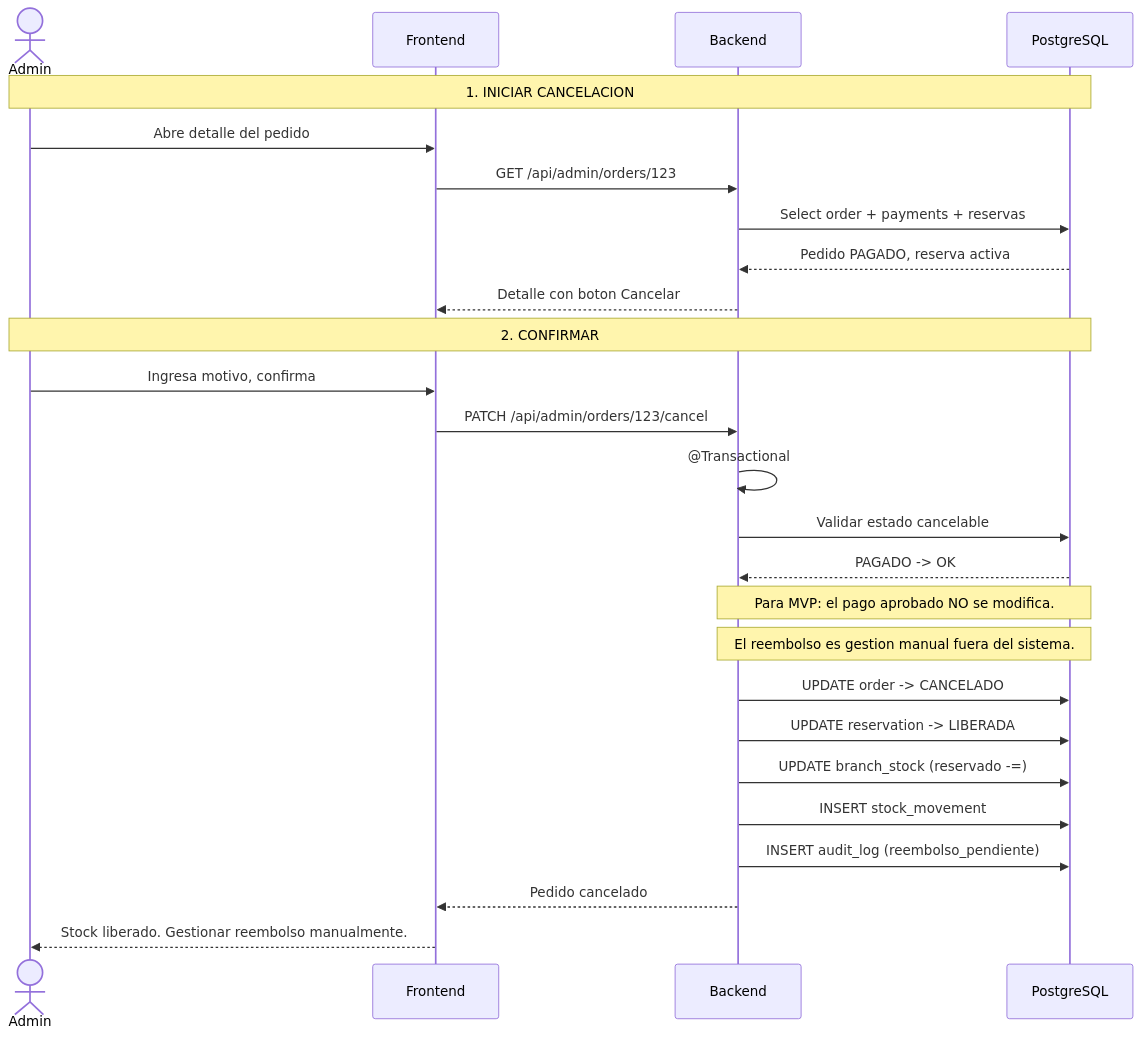
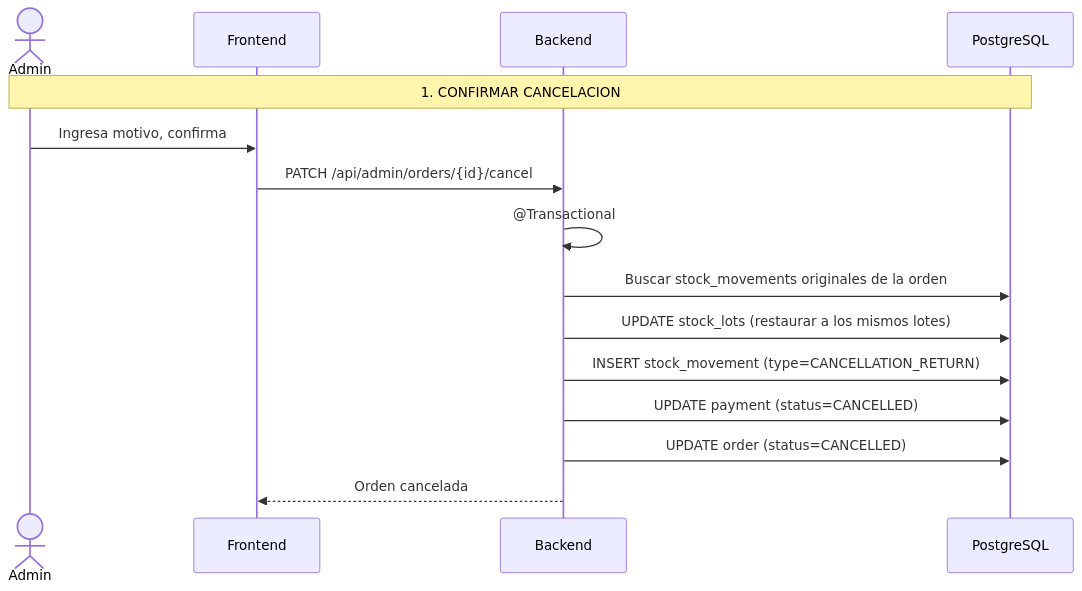
One commit to NachoOsella/tfi-lembas changed the diagram in Documentation/Dietetica Lembas/08 - Procesos/Cancelacion Pedido.md. Above: the diagram before and after it, drawn with Mermaid. The commit also changed other lines of this file and 41 other files, not shown here.

````diff
--- a/Documentation/Dietetica Lembas/08 - Procesos/Cancelacion Pedido.md
+++ b/Documentation/Dietetica Lembas/08 - Procesos/Cancelacion Pedido.md
@@ -17,32 +17,19 @@
 ```mermaid
 %%{init: {"theme": "base", "themeVariables": {"darkMode": true, "background": "#1d2021", "primaryColor": "#32302f", "primaryTextColor": "#d4be98", "primaryBorderColor": "#d4be98", "lineColor": "#d4be98", "secondaryColor": "#32302f", "tertiaryColor": "#1d2021", "textColor": "#d4be98", "noteBkgColor": "#32302f", "noteTextColor": "#d4be98", "noteBorderColor": "#d8a657", "actorBkg": "#32302f", "actorTextColor": "#d4be98", "actorLineColor": "#d4be98", "signalColor": "#7daea3", "signalTextColor": "#d4be98", "labelBoxBkgColor": "#32302f", "labelBoxBorderColor": "#d4be98", "labelTextColor": "#d4be98", "loopTextColor": "#d4be98"}}%%
 sequenceDiagram
     actor A as Admin
     participant FE as Frontend
     participant BE as Backend
     participant DB as PostgreSQL
 
-    Note over A,DB: 1. INICIAR CANCELACION
-    A->>FE: Abre detalle del pedido #123
-    FE->>BE: GET /api/admin/orders/123
-    BE->>DB: Select order + payments + reservas
-    DB-->>BE: Pedido PAGADO, reserva activa
-    BE-->>FE: Detalle con boton Cancelar
-
-    Note over A,DB: 2. CONFIRMAR
+    Note over A,DB: 1. CONFIRMAR CANCELACION
     A->>FE: Ingresa motivo, confirma
-    FE->>BE: PATCH /api/admin/orders/123/cancel
-
+    FE->>BE: PATCH /api/admin/orders/{id}/cancel
     BE->>BE: @Transactional
-    BE->>DB: Validar estado cancelable
-    DB-->>BE: PAGADO -> OK
-    Note over BE,DB: Para MVP: el pago aprobado NO se modifica.
-    Note over BE,DB: El reembolso es gestion manual fuera del sistema.
-    BE->>DB: UPDATE order -> CANCELADO
-    BE->>DB: UPDATE reservation -> LIBERADA
-    BE->>DB: UPDATE branch_stock (reservado -=)
-    BE->>DB: INSERT stock_movement
-    BE->>DB: INSERT audit_log (reembolso_pendiente)
-    BE-->>FE: Pedido cancelado
-    FE-->>A: Stock liberado. Gestionar reembolso manualmente.
+    BE->>DB: Buscar stock_movements originales de la orden
+    BE->>DB: UPDATE stock_lots (restaurar a los mismos lotes)
+    BE->>DB: INSERT stock_movement (type=CANCELLATION_RETURN)
+    BE->>DB: UPDATE payment (status=CANCELLED)
+    BE->>DB: UPDATE order (status=CANCELLED)
+    BE-->>FE: Orden cancelada
 ```
````
